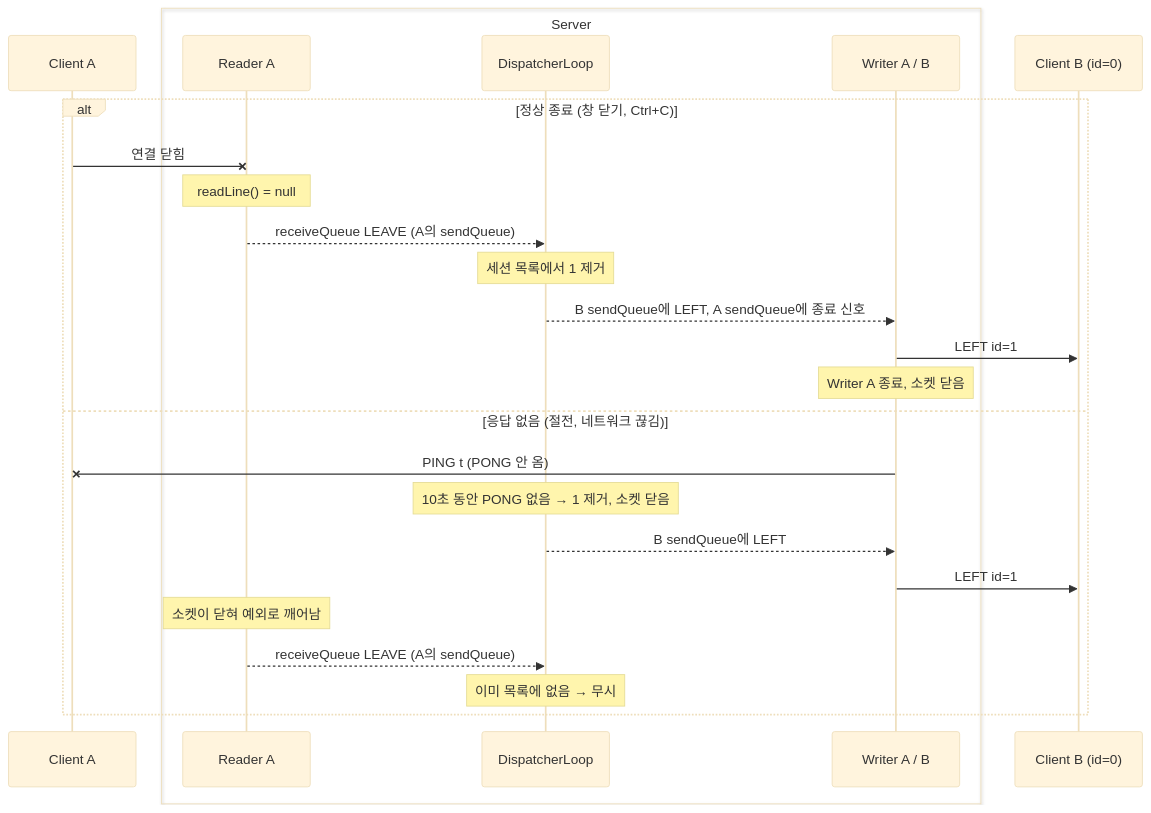
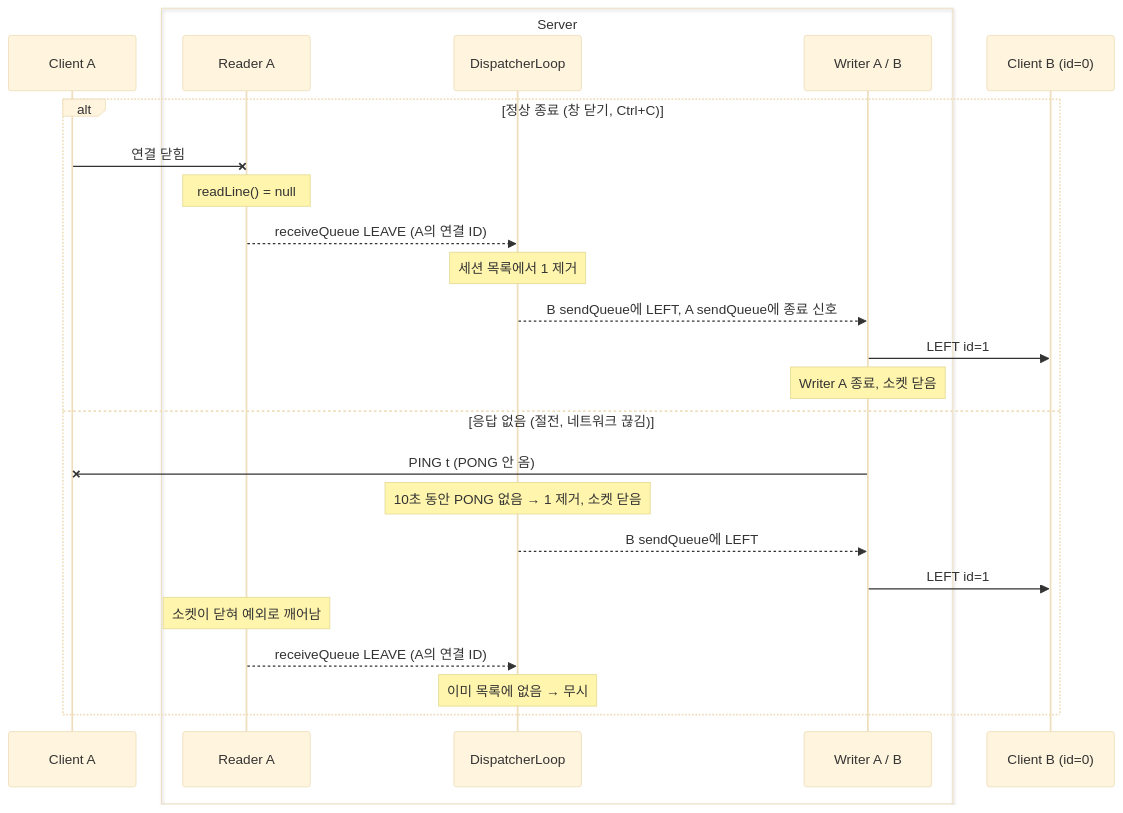
Before and after one commit to networkMinigame/minigame: the second of 2 diagrams in docs/thread-diagram/v1/protocol.md, drawn with Mermaid (base theme). The commit also changed other lines of this file and 12 other files, not shown here.

````diff
--- a/docs/thread-diagram/v1/protocol.md
+++ b/docs/thread-diagram/v1/protocol.md
@@ -51,28 +51,28 @@
 ```mermaid
 sequenceDiagram
     participant A as Client A
     box Server
         participant RA as Reader A
         participant GL as DispatcherLoop
         participant SQ as Writer A / B
     end
     participant B as Client B (id=0)
 
     alt 정상 종료 (창 닫기, Ctrl+C)
         A-xRA: 연결 닫힘
         Note over RA: readLine() = null
-        RA-->>GL: receiveQueue LEAVE (A의 sendQueue)
+        RA-->>GL: receiveQueue LEAVE (A의 연결 ID)
         Note over GL: 세션 목록에서 1 제거
         GL-->>SQ: B sendQueue에 LEFT, A sendQueue에 종료 신호
         SQ->>B: LEFT id=1
         Note over SQ: Writer A 종료, 소켓 닫음
     else 응답 없음 (절전, 네트워크 끊김)
         SQ-xA: PING t (PONG 안 옴)
         Note over GL: 10초 동안 PONG 없음 → 1 제거, 소켓 닫음
         GL-->>SQ: B sendQueue에 LEFT
         SQ->>B: LEFT id=1
         Note over RA: 소켓이 닫혀 예외로 깨어남
-        RA-->>GL: receiveQueue LEAVE (A의 sendQueue)
+        RA-->>GL: receiveQueue LEAVE (A의 연결 ID)
         Note over GL: 이미 목록에 없음 → 무시
     end
 ```
````
